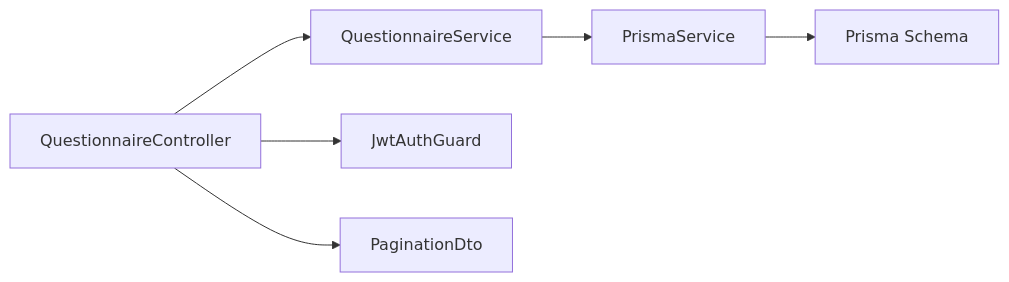
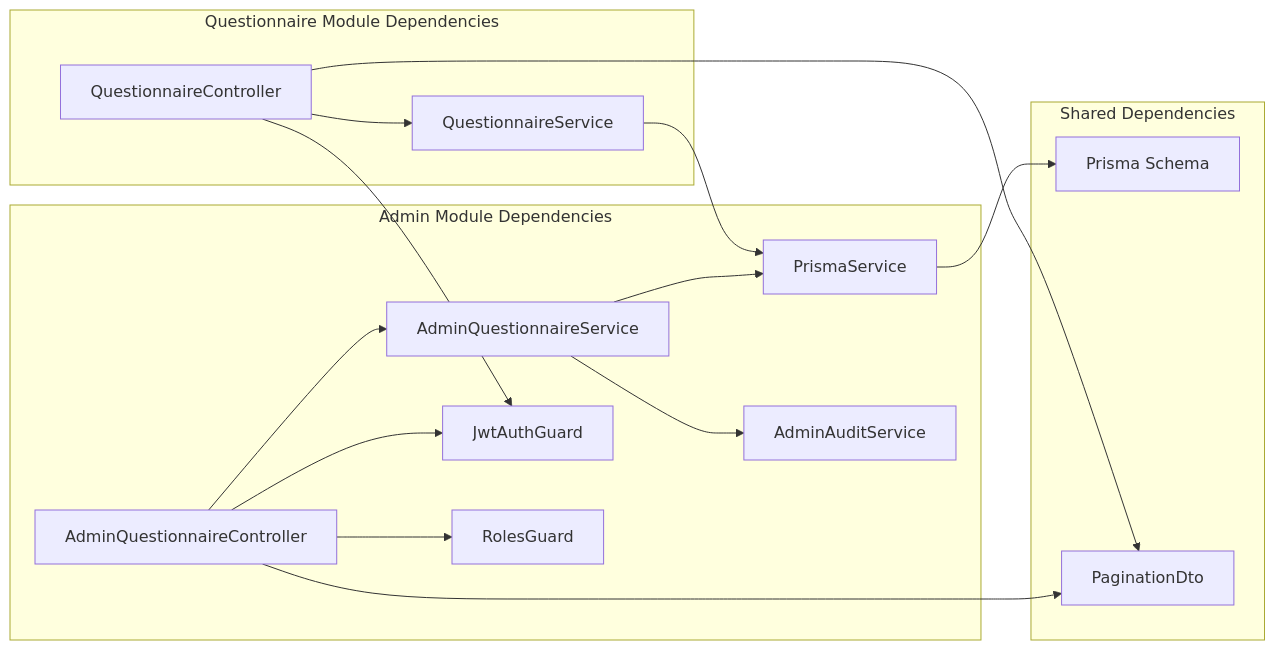
One commit to Avi-Bendetsky/Quiz-to-build changed the fourth of 4 diagrams in .qoder/repowiki/en/content/API Reference/Questionnaire Endpoints.md. Above: the diagram before and after it, drawn with Mermaid. The commit also changed other lines of this file and 41 other files, not shown here.

````diff
--- a/.qoder/repowiki/en/content/API Reference/Questionnaire Endpoints.md
+++ b/.qoder/repowiki/en/content/API Reference/Questionnaire Endpoints.md
@@ -311,8 +737,21 @@
 ```mermaid
 graph LR
+subgraph "Admin Module Dependencies"
+AQC["AdminQuestionnaireController"] --> AQS["AdminQuestionnaireService"]
+AQC --> JAG["JwtAuthGuard"]
+AQC --> RG["RolesGuard"]
+AQS --> PRISMA["PrismaService"]
+AQS --> AUDIT["AdminAuditService"]
+end
+subgraph "Questionnaire Module Dependencies"
 QC["QuestionnaireController"] --> QS["QuestionnaireService"]
-QC --> JAG["JwtAuthGuard"]
-QS --> PRISMA["PrismaService"]
-QC --> PD["PaginationDto"]
+QC --> JAG
+QS --> PRISMA
+end
+subgraph "Shared Dependencies"
 PRISMA --> SCHEMA["Prisma Schema"]
+PD["PaginationDto"]
+end
+AQC --> PD
+QC --> PD
 ```
````
